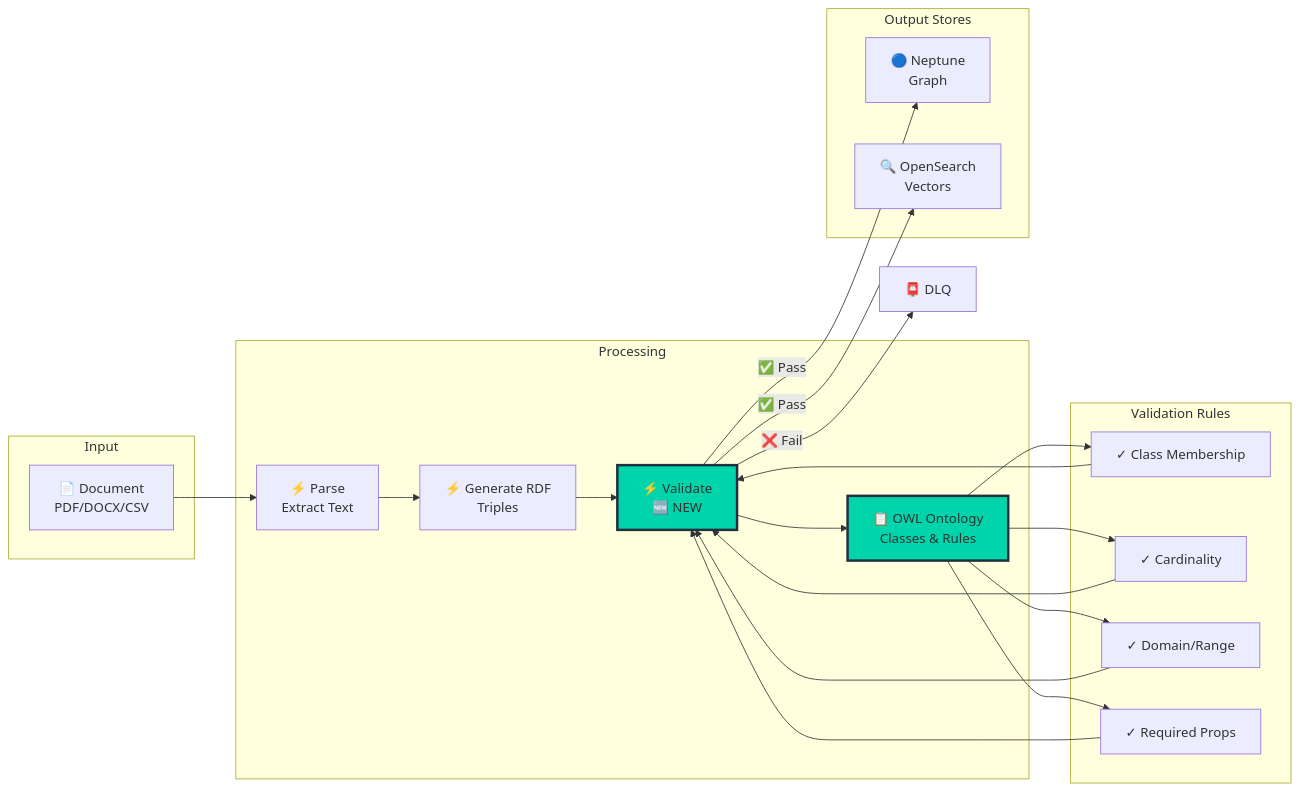
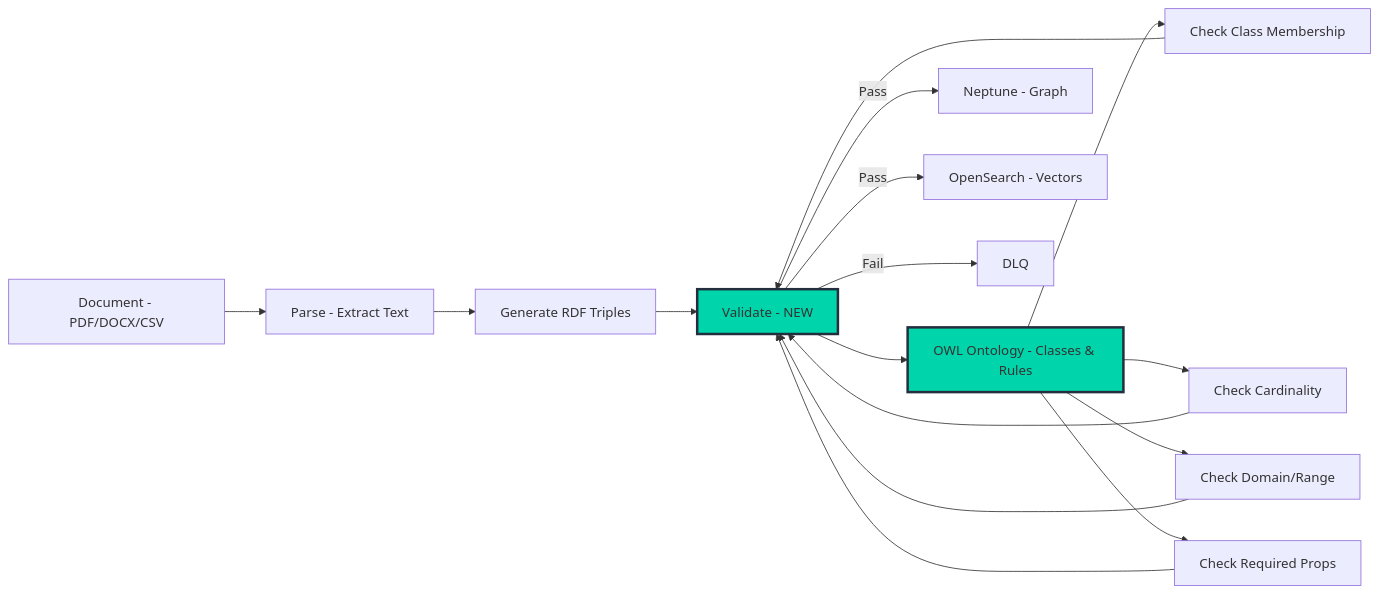
One commit to asko123/ontology_IAC_AWS_CDK changed the fourth of 12 diagrams in ARCHITECTURE_DIAGRAM.md. Above: the diagram before and after it, drawn with Mermaid. The commit also changed other lines of this file, not shown here.

First line of the commit message:
Fix Mermaid syntax errors in architecture diagrams

````diff
--- a/ARCHITECTURE_DIAGRAM.md
+++ b/ARCHITECTURE_DIAGRAM.md
@@ -236,46 +159,34 @@
 ```mermaid
 graph LR
-    subgraph "Input"
-        Doc[📄 Document<br/>PDF/DOCX/CSV]
-    end
-
-    subgraph "Processing"
-        Parse[⚡ Parse<br/>Extract Text]
-        RDF[⚡ Generate RDF<br/>Triples]
-        Validate[⚡ Validate<br/>🆕 NEW]
-        Onto[📋 OWL Ontology<br/>Classes & Rules]
-    end
-
-    subgraph "Validation Rules"
-        R1[✓ Class Membership]
-        R2[✓ Cardinality]
-        R3[✓ Domain/Range]
-        R4[✓ Required Props]
-    end
-
-    subgraph "Output Stores"
-        Nep[🔵 Neptune<br/>Graph]
-        OS[🔍 OpenSearch<br/>Vectors]
-    end
+    Doc["Document - PDF/DOCX/CSV"]
+    Parse["Parse - Extract Text"]
+    RDF["Generate RDF Triples"]
+    Validate["Validate - NEW"]
+    Onto["OWL Ontology - Classes & Rules"]
+    R1["Check Class Membership"]
+    R2["Check Cardinality"]
+    R3["Check Domain/Range"]
+    R4["Check Required Props"]
+    Nep["Neptune - Graph"]
+    OS["OpenSearch - Vectors"]
+    DLQ2["DLQ"]
 
     Doc --> Parse
     Parse --> RDF
     RDF --> Validate
     Validate --> Onto
     Onto --> R1
     Onto --> R2
     Onto --> R3
     Onto --> R4
-    
     R1 --> Validate
     R2 --> Validate
     R3 --> Validate
     R4 --> Validate
-    
-    Validate -->|✅ Pass| Nep
-    Validate -->|✅ Pass| OS
-    Validate -->|❌ Fail| DLQ[📮 DLQ]
+    Validate -->|Pass| Nep
+    Validate -->|Pass| OS
+    Validate -->|Fail| DLQ2
 
     style Validate fill:#00D4AA,stroke:#232F3E,stroke-width:3px
     style Onto fill:#00D4AA,stroke:#232F3E,stroke-width:3px
 ```
````
